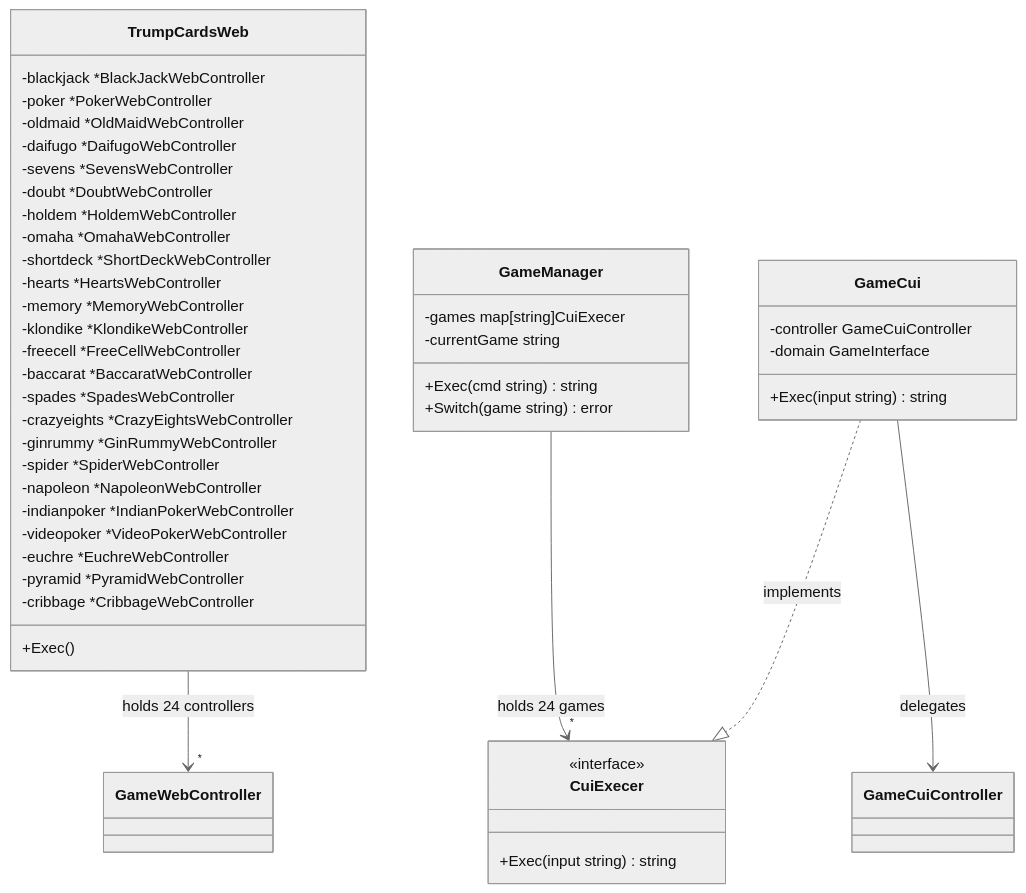
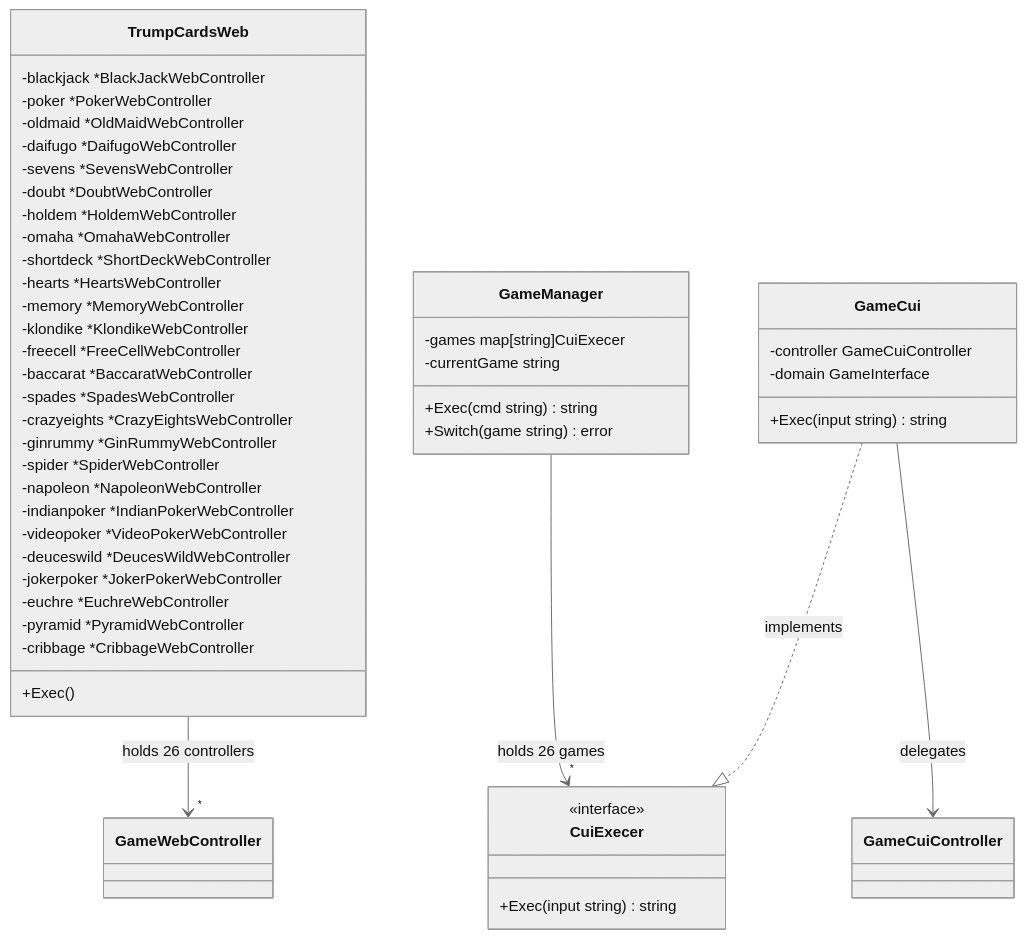
Diagram 11 of 32 in docs/design/backend.md (yuta-yoshinaga/go_trumpcards), drawn with Mermaid (neutral theme) before and after one commit. The commit also changed other lines of this file and 55 other files, not shown here.

First line of the commit message:
feat: add Deuces Wild and Joker Poker video poker variants (#903)

````diff
--- a/docs/design/backend.md
+++ b/docs/design/backend.md
@@ -808,53 +820,55 @@
 ```mermaid
 classDiagram
     class TrumpCardsWeb {
         -blackjack *BlackJackWebController
         -poker *PokerWebController
         -oldmaid *OldMaidWebController
         -daifugo *DaifugoWebController
         -sevens *SevensWebController
         -doubt *DoubtWebController
         -holdem *HoldemWebController
         -omaha *OmahaWebController
         -shortdeck *ShortDeckWebController
         -hearts *HeartsWebController
         -memory *MemoryWebController
         -klondike *KlondikeWebController
         -freecell *FreeCellWebController
         -baccarat *BaccaratWebController
         -spades *SpadesWebController
         -crazyeights *CrazyEightsWebController
         -ginrummy *GinRummyWebController
         -spider *SpiderWebController
         -napoleon *NapoleonWebController
         -indianpoker *IndianPokerWebController
         -videopoker *VideoPokerWebController
+        -deuceswild *DeucesWildWebController
+        -jokerpoker *JokerPokerWebController
         -euchre *EuchreWebController
         -pyramid *PyramidWebController
         -cribbage *CribbageWebController
         +Exec()
     }
 
     class GameManager {
         -games map[string]CuiExecer
         -currentGame string
         +Exec(cmd string) string
         +Switch(game string) error
     }
 
     class CuiExecer {
         <<interface>>
         +Exec(input string) string
     }
 
     class GameCui {
         -controller GameCuiController
         -domain GameInterface
         +Exec(input string) string
     }
 
-    TrumpCardsWeb --> "*" GameWebController : holds 24 controllers
-    GameManager --> "*" CuiExecer : holds 24 games
+    TrumpCardsWeb --> "*" GameWebController : holds 26 controllers
+    GameManager --> "*" CuiExecer : holds 26 games
     GameCui ..|> CuiExecer : implements
     GameCui --> GameCuiController : delegates
 ```
````
